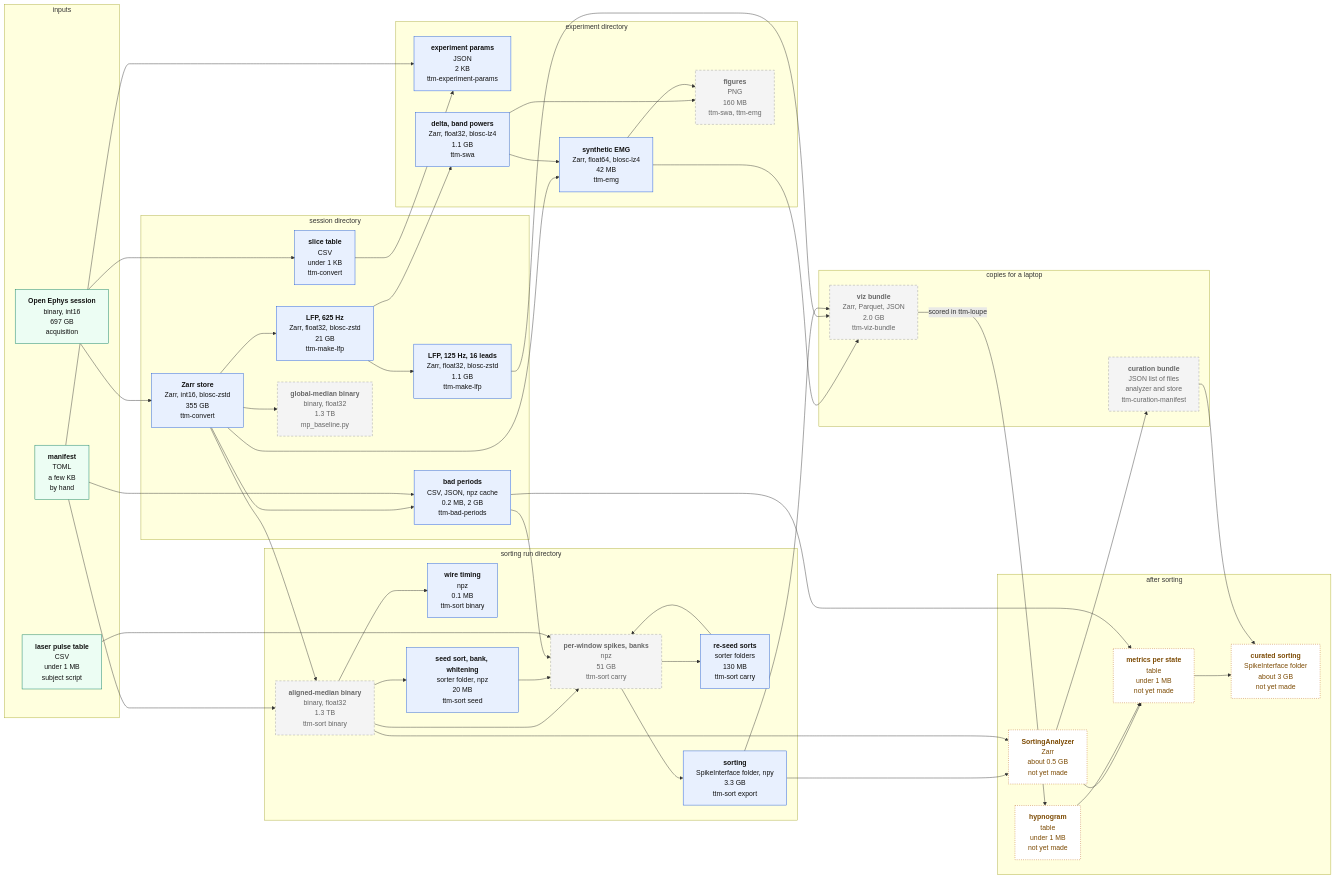
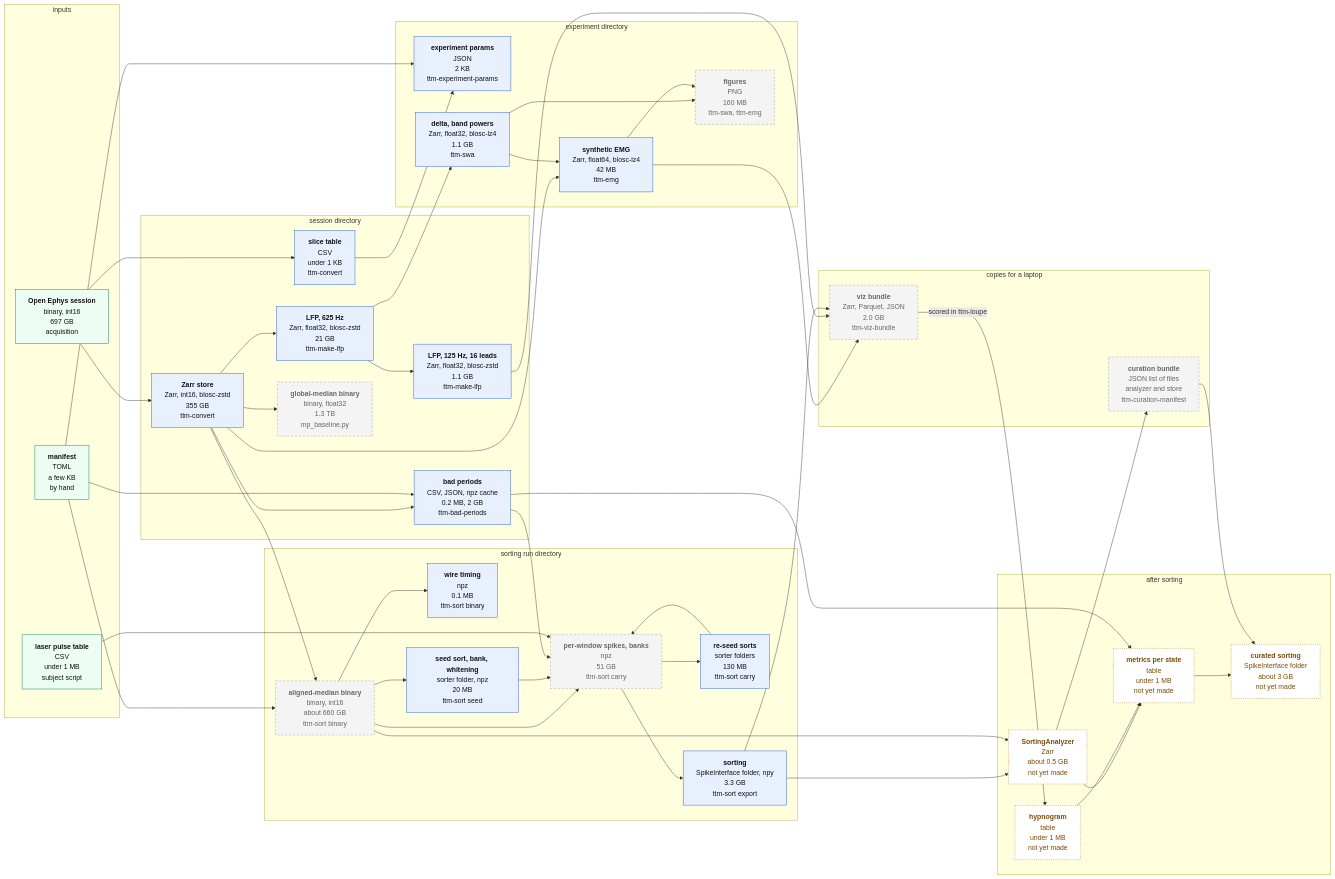
One commit to CSC-UW/ttm-ws changed the diagram in docs/data_products.md. Above: the diagram before and after it, drawn with Mermaid. The commit also changed other lines of this file and 1 other file, not shown here.

First line of the commit message:
docs: the preprocessed binary is int16

```diff
--- a/docs/data_products.md
+++ b/docs/data_products.md
@@ -54,7 +54,7 @@
     end
 
     subgraph RUN["sorting run directory"]
-        BIN["<b>aligned-median binary</b><br/>binary, float32<br/>1.3 TB<br/>ttm-sort binary"]:::temp
+        BIN["<b>aligned-median binary</b><br/>binary, int16<br/>about 660 GB<br/>ttm-sort binary"]:::temp
         WT["<b>wire timing</b><br/>npz<br/>0.1 MB<br/>ttm-sort binary"]:::keep
         SEED["<b>seed sort, bank, whitening</b><br/>sorter folder, npz<br/>20 MB<br/>ttm-sort seed"]:::keep
         CW["<b>per-window spikes, banks</b><br/>npz<br/>51 GB<br/>ttm-sort carry"]:::temp
```
